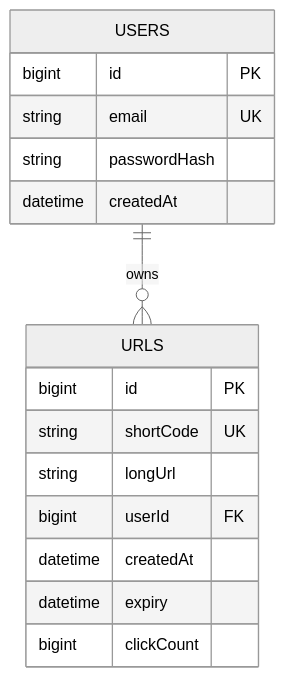
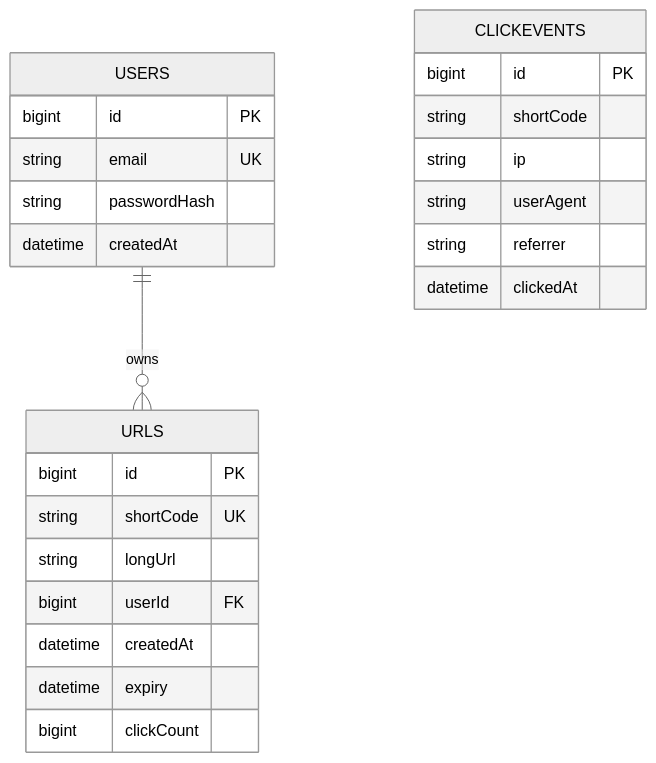
One commit to ojaswi-bhar45/URL-Shorten changed the second of 2 diagrams in url-shorten-b/architecture.md. Above: the diagram before and after it, drawn with Mermaid (neutral theme). The commit also changed other lines of this file and 4 other files, not shown here.

````diff
--- a/url-shorten-b/architecture.md
+++ b/url-shorten-b/architecture.md
@@ -142,19 +144,27 @@
 ```mermaid
 erDiagram
     USERS ||--o{ URLS : owns
     USERS {
         bigint id PK
         string email UK
         string passwordHash
         datetime createdAt
     }
     URLS {
         bigint id PK
         string shortCode UK
         string longUrl
         bigint userId FK
         datetime createdAt
         datetime expiry
         bigint clickCount
     }
+    CLICKEVENTS {
+        bigint id PK
+        string shortCode
+        string ip
+        string userAgent
+        string referrer
+        datetime clickedAt
+    }
 ```
````
